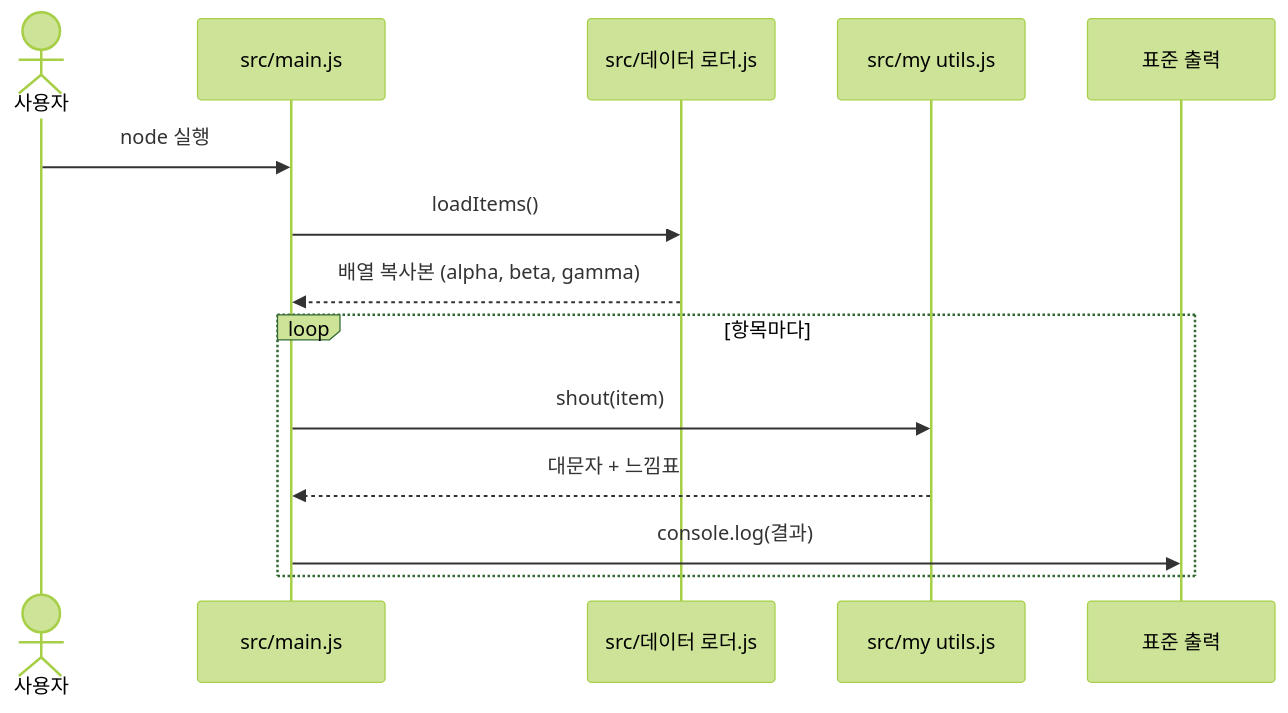
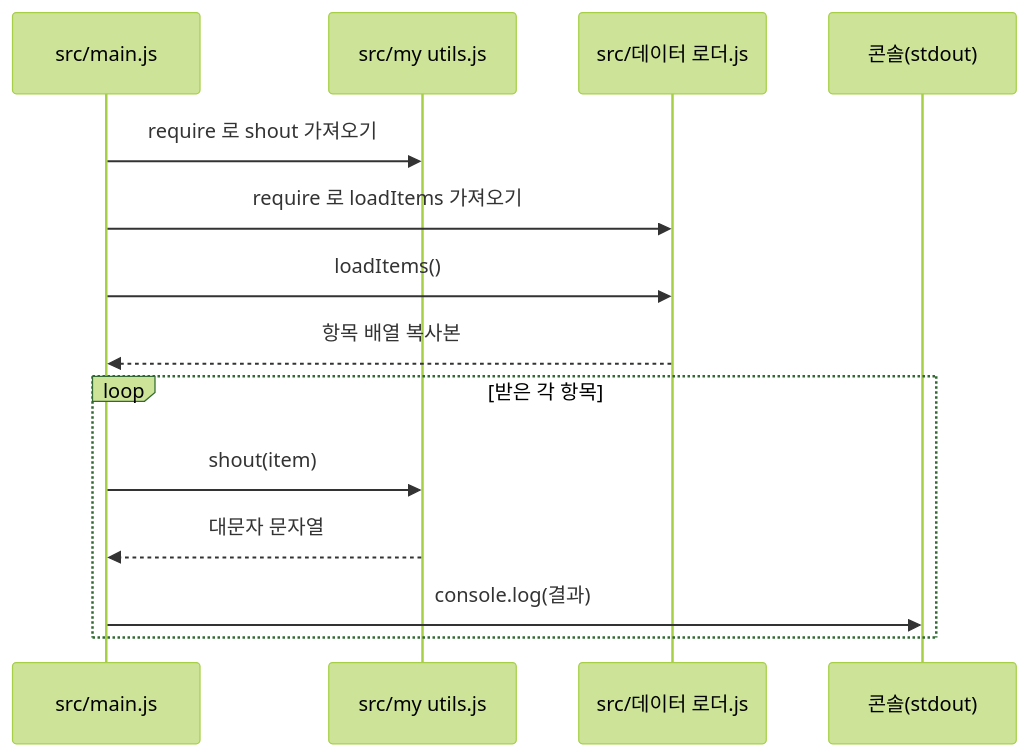
One commit to hxxnn/codemap changed the first of 2 diagrams in examples/edge-names/docs/codemap/sequence-flow.md. Above: the diagram before and after it, drawn with Mermaid (forest theme). The commit also changed other lines of this file and 45 other files, not shown here.

````diff
--- a/examples/edge-names/docs/codemap/sequence-flow.md
+++ b/examples/edge-names/docs/codemap/sequence-flow.md
@@ -18,16 +18,16 @@
 ```mermaid
 sequenceDiagram
-  actor U as 사용자
   participant M as src/main.js
+  participant U as src/my utils.js
   participant L as src/데이터 로더.js
-  participant S as src/my utils.js
-  participant O as 표준 출력
-  U->>M: node 실행
+  participant O as 콘솔(stdout)
+  M->>U: require 로 shout 가져오기
+  M->>L: require 로 loadItems 가져오기
   M->>L: loadItems()
-  L-->>M: 배열 복사본 (alpha, beta, gamma)
-  loop 항목마다
-    M->>S: shout(item)
-    S-->>M: 대문자 + 느낌표
+  L-->>M: 항목 배열 복사본
+  loop 받은 각 항목
+    M->>U: shout(item)
+    U-->>M: 대문자 문자열
     M->>O: console.log(결과)
   end
 ```
````
